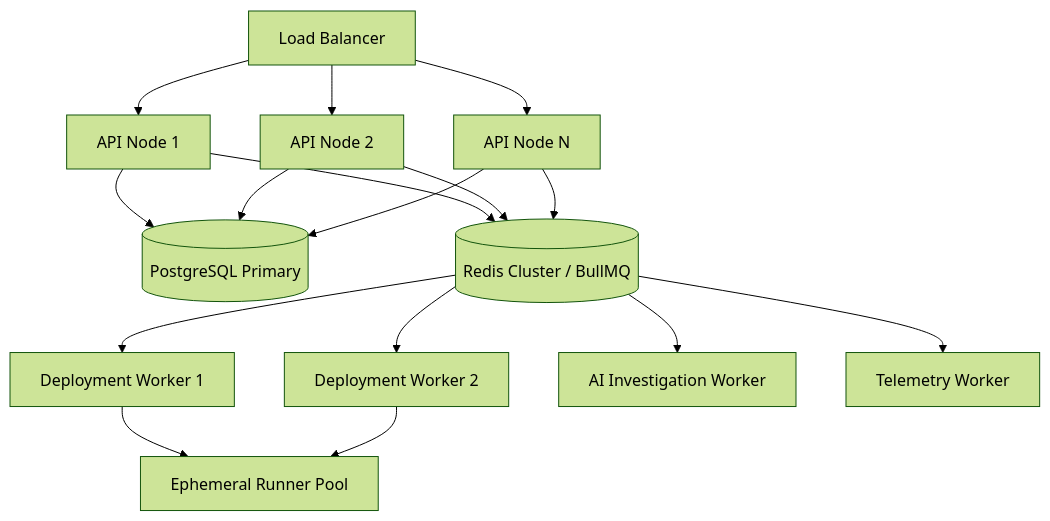
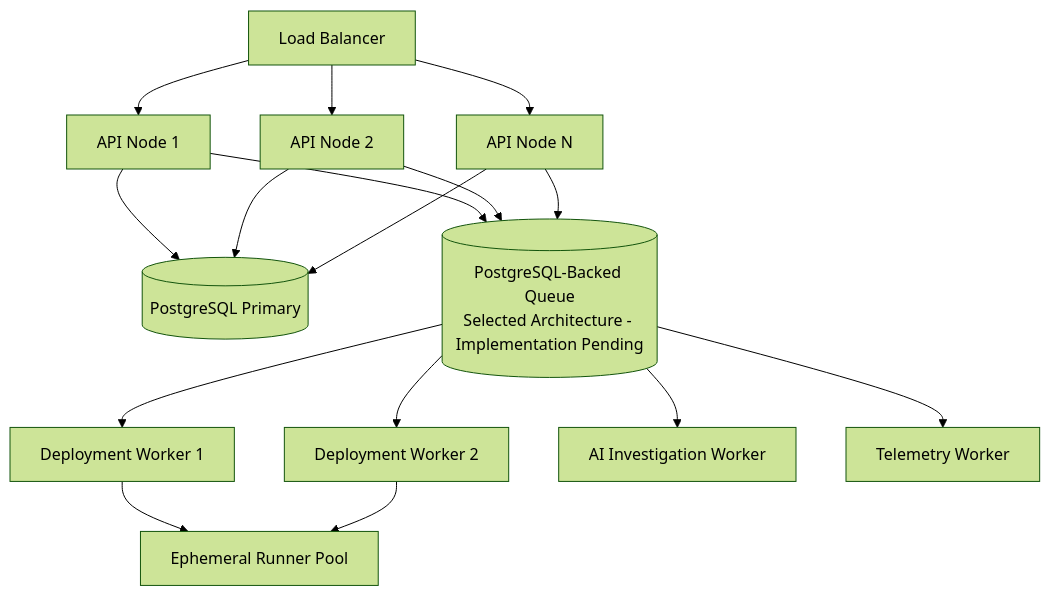
One commit to anwarbuilds1/OpsPilot changed the diagram in docs/architecture/SCALABILITY_AND_RELIABILITY.md. Above: the diagram before and after it, drawn with Mermaid (forest theme). The commit also changed other lines of this file and 40 other files, not shown here.

````diff
--- a/docs/architecture/SCALABILITY_AND_RELIABILITY.md
+++ b/docs/architecture/SCALABILITY_AND_RELIABILITY.md
@@ -23,22 +23,22 @@
 ```mermaid
 flowchart TD
     LB[Load Balancer] --> API1[API Node 1]
     LB --> API2[API Node 2]
     LB --> APIn[API Node N]
 
     API1 --> PG[(PostgreSQL Primary)]
     API2 --> PG
     APIn --> PG
 
-    API1 --> RedisCluster[(Redis Cluster / BullMQ)]
-    API2 --> RedisCluster
-    APIn --> RedisCluster
+    API1 --> Queue[(PostgreSQL-Backed Queue\nSelected Architecture - Implementation Pending)]
+    API2 --> Queue
+    APIn --> Queue
 
-    RedisCluster --> Worker1[Deployment Worker 1]
-    RedisCluster --> Worker2[Deployment Worker 2]
-    RedisCluster --> WorkerAI[AI Investigation Worker]
-    RedisCluster --> WorkerTel[Telemetry Worker]
+    Queue --> Worker1[Deployment Worker 1]
+    Queue --> Worker2[Deployment Worker 2]
+    Queue --> WorkerAI[AI Investigation Worker]
+    Queue --> WorkerTel[Telemetry Worker]
 
     Worker1 --> RunnerPool[Ephemeral Runner Pool]
     Worker2 --> RunnerPool
 ```
````
